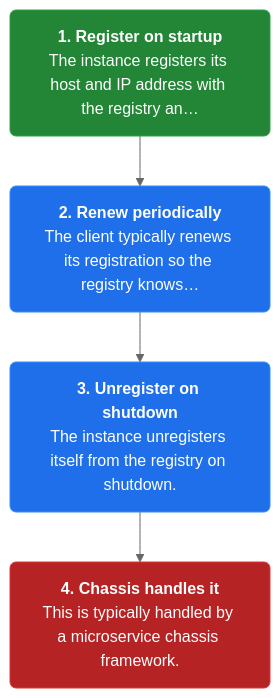
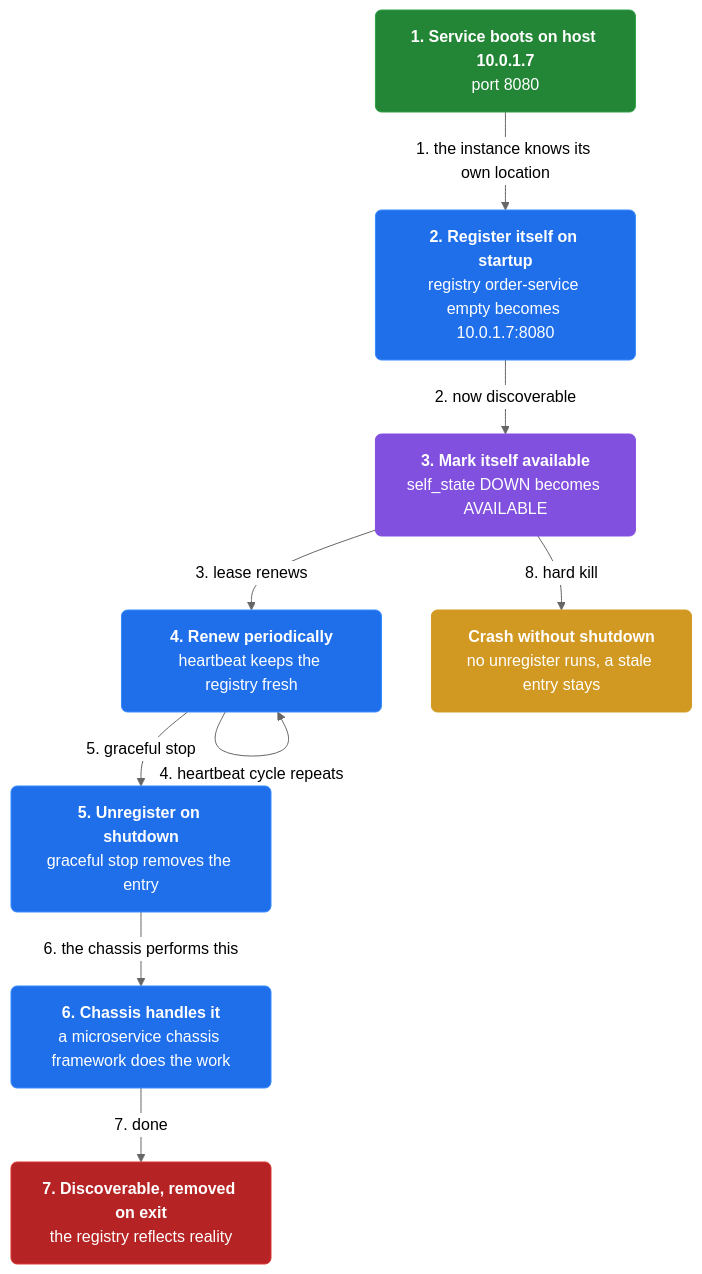
One commit to vinayakuber/microservices-io-study-guide changed the first of 3 diagrams in docs/ch10-self-registration.md. Above: the diagram before and after it, drawn with Mermaid (neutral theme). The commit also changed other lines of this file and 46 other files, not shown here.

First line of the commit message:
Author rich branching flow diagrams for all 44 chapters

````diff
--- a/docs/ch10-self-registration.md
+++ b/docs/ch10-self-registration.md
@@ -13,13 +13,24 @@
 ```mermaid
 flowchart TD
-  classDef step fill:#1f6feb,color:#ffffff,stroke:#388bfd,stroke-width:1px,rx:6
+  classDef step fill:#1f6feb,color:#ffffff,stroke:#388bfd,rx:6
+  classDef core fill:#8250df,color:#ffffff,stroke:#8250df,rx:6
+  classDef warn fill:#d29922,color:#ffffff,stroke:#d29922,rx:6
   classDef start fill:#238636,color:#ffffff,stroke:#2ea043,rx:6
   classDef stop fill:#b62324,color:#ffffff,stroke:#da3633,rx:6
-  s0n0["<b>1. Register on startup</b><br/>The instance registers its host and IP address with the registry an…"]:::start
-  s0n1["<b>2. Renew periodically</b><br/>The client typically renews its registration so the registry knows…"]:::step
-  s0n2["<b>3. Unregister on shutdown</b><br/>The instance unregisters itself from the registry on shutdown."]:::step
-  s0n3["<b>4. Chassis handles it</b><br/>This is typically handled by a microservice chassis framework."]:::stop
-  s0n0 --> s0n1
-  s0n1 --> s0n2
-  s0n2 --> s0n3
+  n0["<b>1. Service boots on host 10.0.1.7</b><br/>port 8080"]:::start
+  n1["<b>2. Register itself on startup</b><br/>registry order-service empty becomes 10.0.1.7:8080"]:::step
+  n2["<b>3. Mark itself available</b><br/>self_state DOWN becomes AVAILABLE"]:::core
+  n3["<b>4. Renew periodically</b><br/>heartbeat keeps the registry fresh"]:::step
+  n4["<b>5. Unregister on shutdown</b><br/>graceful stop removes the entry"]:::step
+  n5["<b>6. Chassis handles it</b><br/>a microservice chassis framework does the work"]:::step
+  n6["<b>7. Discoverable, removed on exit</b><br/>the registry reflects reality"]:::stop
+  n7["<b>Crash without shutdown</b><br/>no unregister runs, a stale entry stays"]:::warn
+  n0 -->|"1. the instance knows its own location"| n1
+  n1 -->|"2. now discoverable"| n2
+  n2 -->|"3. lease renews"| n3
+  n3 -->|"4. heartbeat cycle repeats"| n3
+  n3 -->|"5. graceful stop"| n4
+  n4 -->|"6. the chassis performs this"| n5
+  n5 -->|"7. done"| n6
+  n2 -->|"8. hard kill"| n7
 ```
````
